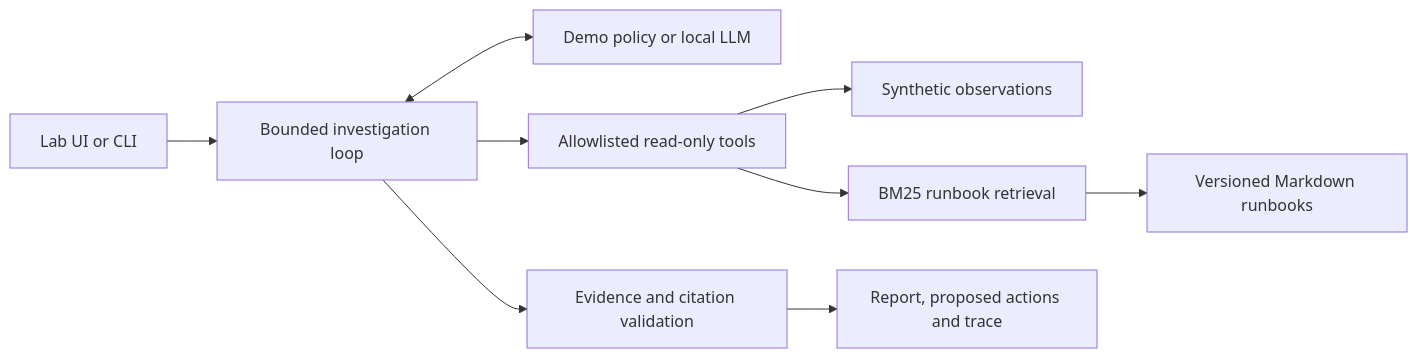
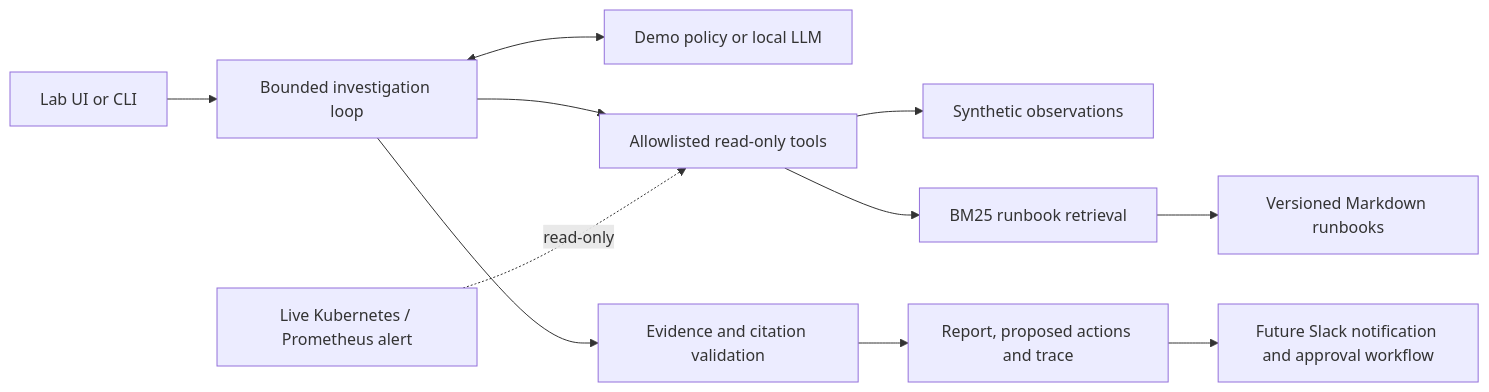
The diagram in README.md (egyhaty/incident-investigator), drawn with Mermaid before and after one commit. The commit also changed other lines of this file and 3 other files, not shown here.

Commit message:
document live operator workflow and polish dashboard motion

````diff
--- a/README.md
+++ b/README.md
@@ -63,11 +72,13 @@
 ```mermaid
 flowchart LR
     UI[Lab UI or CLI] --> Loop[Bounded investigation loop]
     Loop <--> Provider[Demo policy or local LLM]
     Loop --> Tools[Allowlisted read-only tools]
     Tools --> Fixtures[Synthetic observations]
     Tools --> Retrieval[BM25 runbook retrieval]
     Retrieval --> Docs[Versioned Markdown runbooks]
     Loop --> Gate[Evidence and citation validation]
     Gate --> Report[Report, proposed actions and trace]
+    Alert[Live Kubernetes / Prometheus alert] -. read-only .-> Tools
+    Report --> Notify[Future Slack notification and approval workflow]
 ```
````
